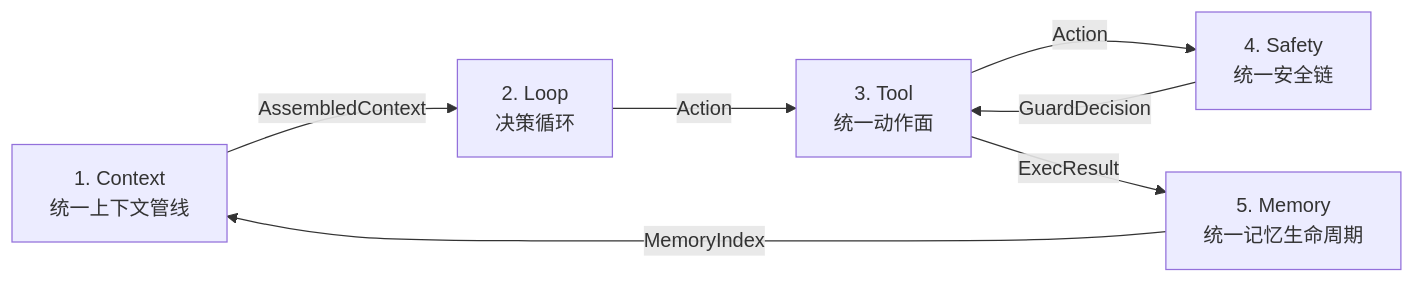
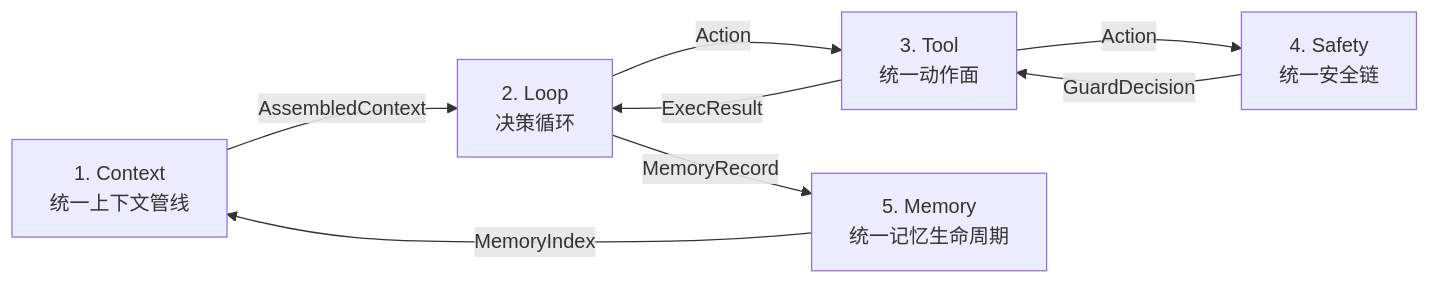
The first of 3 diagrams in docs/superpowers/specs/2026-09-04-harness-unified-spine-design.md (searchforsun/sunshinex), drawn with Mermaid before and after one commit. The commit also changed 12 other files, not shown here.

Commit message:
docs: 重组文档——README 迁入 Arch-Plan 并重写门户，更新 ROADMAP 进度

````diff
--- a/docs/superpowers/specs/2026-09-04-harness-unified-spine-design.md
+++ b/docs/superpowers/specs/2026-09-04-harness-unified-spine-design.md
@@ -50,9 +50,10 @@
 ```mermaid
 graph LR
   C[1. Context<br/>统一上下文管线] -->|AssembledContext| L[2. Loop<br/>决策循环]
   L -->|Action| T[3. Tool<br/>统一动作面]
   T -->|Action| S[4. Safety<br/>统一安全链]
   S -->|GuardDecision| T
-  T -->|ExecResult| M[5. Memory<br/>统一记忆生命周期]
+  T -->|ExecResult| L
+  L -->|MemoryRecord| M[5. Memory<br/>统一记忆生命周期]
   M -->|MemoryIndex| C
 ```
````
